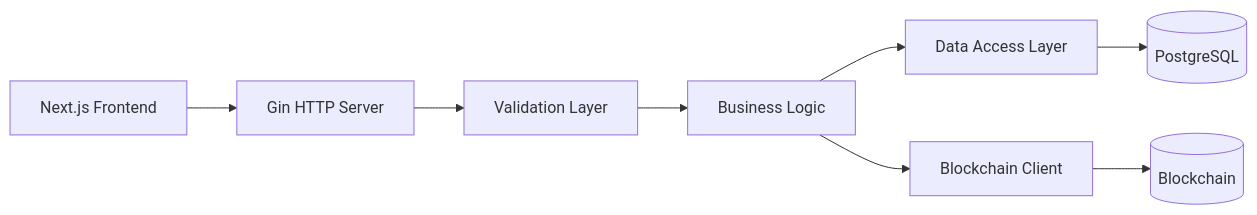
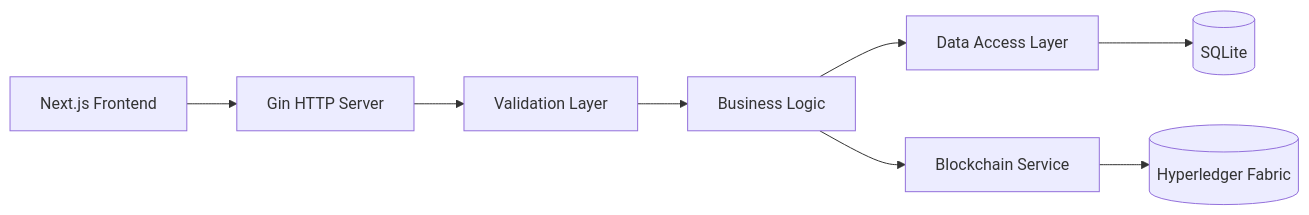
Before and after one commit to Antimatters-Technology/Scain: the second of 2 diagrams in docs/architecture/README.md, drawn with Mermaid. The commit also changed other lines of this file, not shown here.

Commit message:
docs: update architecture README with new documentation links - add references to comprehensive system architecture documentation - link to blockchain setup and firmware debugging guides - improve navigation and documentation structure

````diff
--- a/docs/architecture/README.md
+++ b/docs/architecture/README.md
@@ -65,10 +79,10 @@
 ```mermaid
 graph LR
     A[Next.js Frontend] --> B[Gin HTTP Server]
     B --> C[Validation Layer]
     C --> D[Business Logic]
     D --> E[Data Access Layer]
-    E --> F[(PostgreSQL)]
-    D --> G[Blockchain Client]
-    G --> H[(Blockchain)]
+    E --> F[(SQLite)]
+    D --> G[Blockchain Service]
+    G --> H[(Hyperledger Fabric)]
 ```
````
